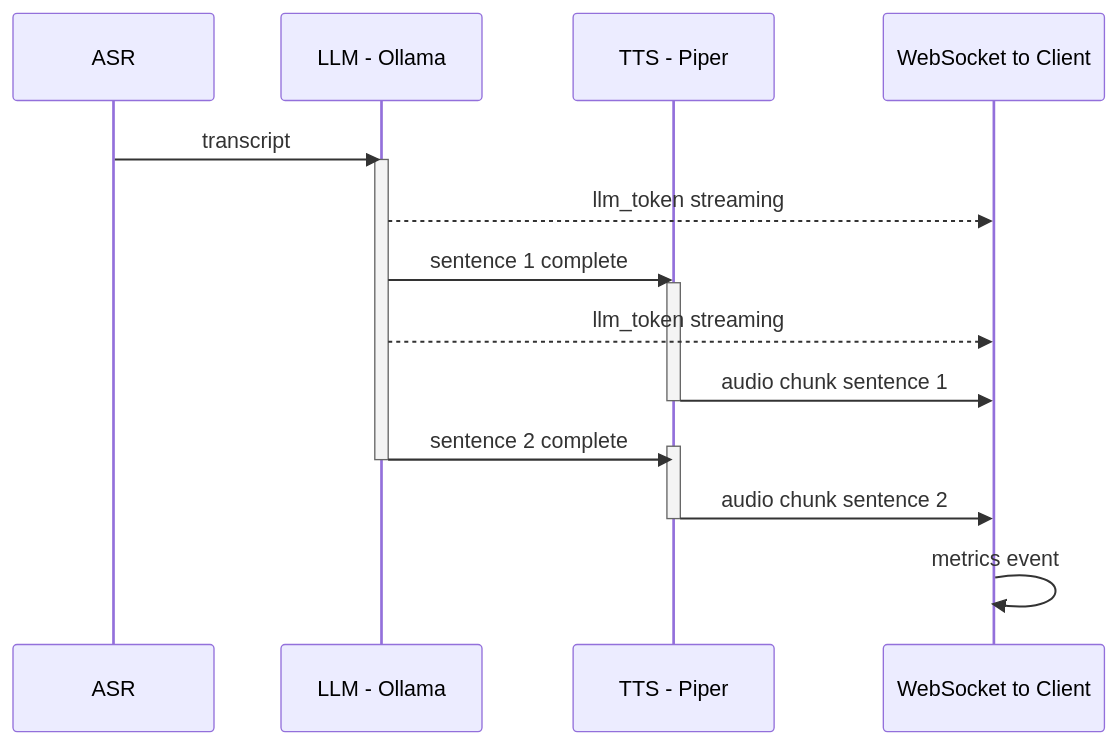
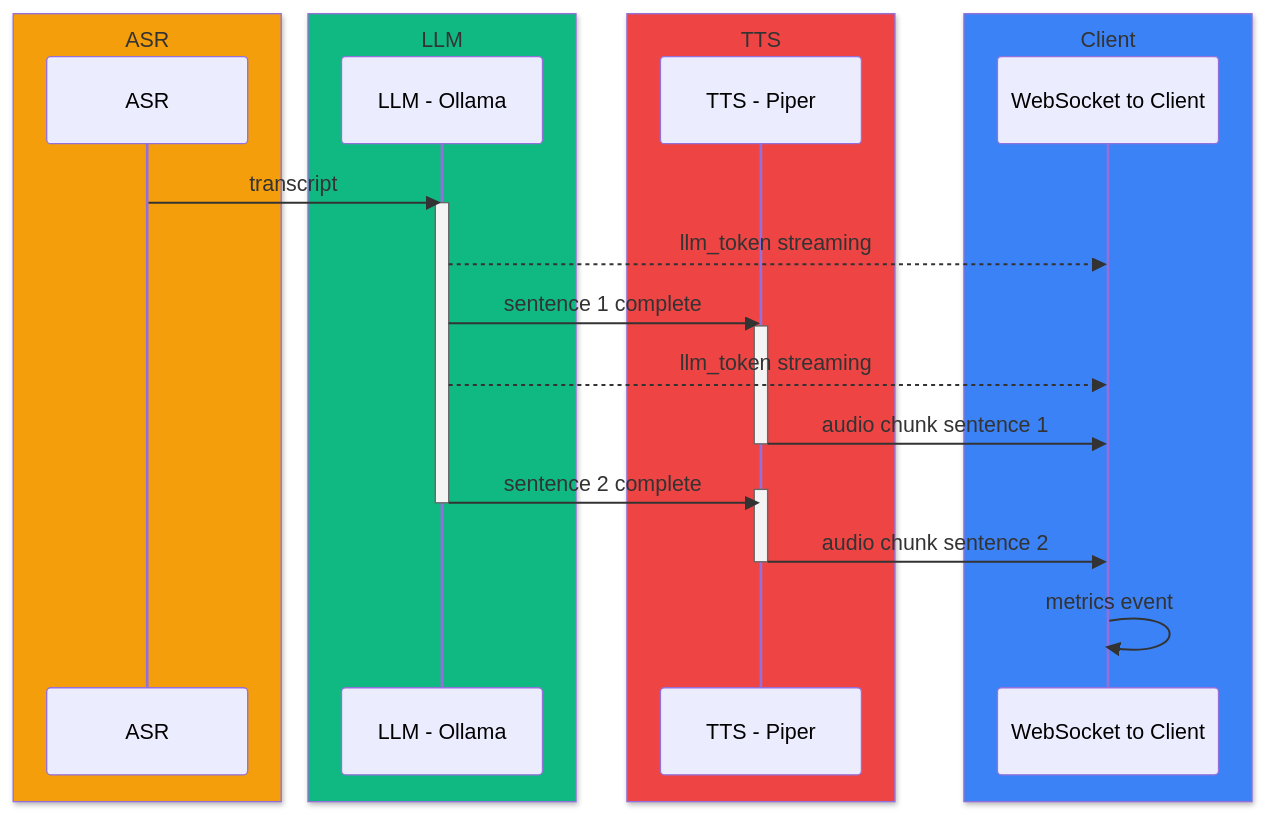
One commit to hubenschmidt/asr-llm-tts changed the third of 4 diagrams in docs/architecture.md. Above: the diagram before and after it, drawn with Mermaid. The commit also changed other lines of this file, not shown here.

Commit message:
color code diagram

````diff
--- a/docs/architecture.md
+++ b/docs/architecture.md
@@ -66,27 +77,35 @@
 ```mermaid
 sequenceDiagram
-    participant ASR
-    participant LLM as LLM - Ollama
-    participant TTS as TTS - Piper
-    participant WS as WebSocket to Client
+    box rgb(245, 158, 11) ASR
+        participant ASR
+    end
+    box rgb(16, 185, 129) LLM
+        participant LLM as LLM - Ollama
+    end
+    box rgb(239, 68, 68) TTS
+        participant TTS as TTS - Piper
+    end
+    box rgb(59, 130, 246) Client
+        participant WS as WebSocket to Client
+    end
 
     ASR->>LLM: transcript
     activate LLM
 
     LLM-->>WS: llm_token streaming
     LLM->>TTS: sentence 1 complete
     activate TTS
     LLM-->>WS: llm_token streaming
 
     TTS->>WS: audio chunk sentence 1
     deactivate TTS
 
     LLM->>TTS: sentence 2 complete
     activate TTS
     deactivate LLM
 
     TTS->>WS: audio chunk sentence 2
     deactivate TTS
 
     WS->>WS: metrics event
 ```
````
